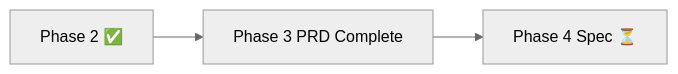
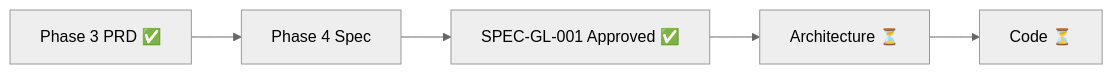
The diagram in docs/00_Project/Project_Dashboard.md (LeapMaCoder/ai-engineer-os), drawn with Mermaid (neutral theme) before and after one commit. The commit also changed other lines of this file and 7 other files, not shown here.

````diff
--- a/docs/00_Project/Project_Dashboard.md
+++ b/docs/00_Project/Project_Dashboard.md
@@ -28,5 +28,7 @@
 ```mermaid
 flowchart LR
-  P2[Phase 2 ✅] --> P3[Phase 3 PRD Complete]
-  P3 --> P4[Phase 4 Spec ⏳]
+  P3[Phase 3 PRD ✅] --> P4[Phase 4 Spec]
+  P4 --> Spec1[SPEC-GL-001 Approved ✅]
+  Spec1 --> Arch[Architecture ⏳]
+  Arch --> Code[Code ⏳]
 ```
````
